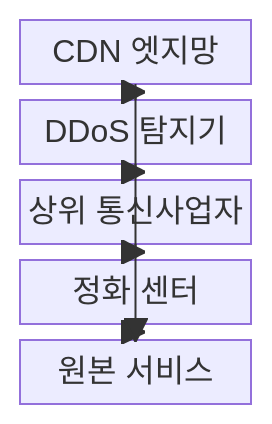
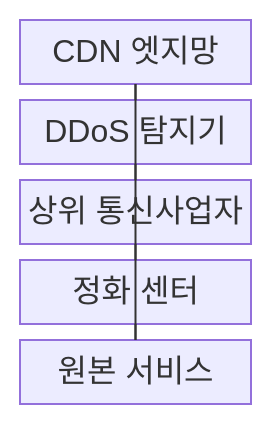
The first of 2 diagrams in src/content/docs/notes/04-network/087_ddos_attack_mitigation.md (agnusdei1207/knowledge-base), drawn with Mermaid before and after one commit. The commit also changed other lines of this file and 493 other files, not shown here.

````diff
--- a/src/content/docs/notes/04-network/087_ddos_attack_mitigation.md
+++ b/src/content/docs/notes/04-network/087_ddos_attack_mitigation.md
@@ -65,14 +65,14 @@
 ```mermaid
 block-beta
     columns 1
     EDGE["CDN 엣지망"]
     DETECTOR["DDoS 탐지기"]
     CARRIER["상위 통신사업자"]
     SCRUB["정화 센터"]
     ORIGIN["원본 서비스"]
-    DETECTOR --> EDGE
-    DETECTOR --> CARRIER
-    CARRIER --> SCRUB
-    SCRUB --> ORIGIN
-    EDGE --> ORIGIN
+    DETECTOR --- EDGE
+    DETECTOR --- CARRIER
+    CARRIER --- SCRUB
+    SCRUB --- ORIGIN
+    EDGE --- ORIGIN
 ```
````
